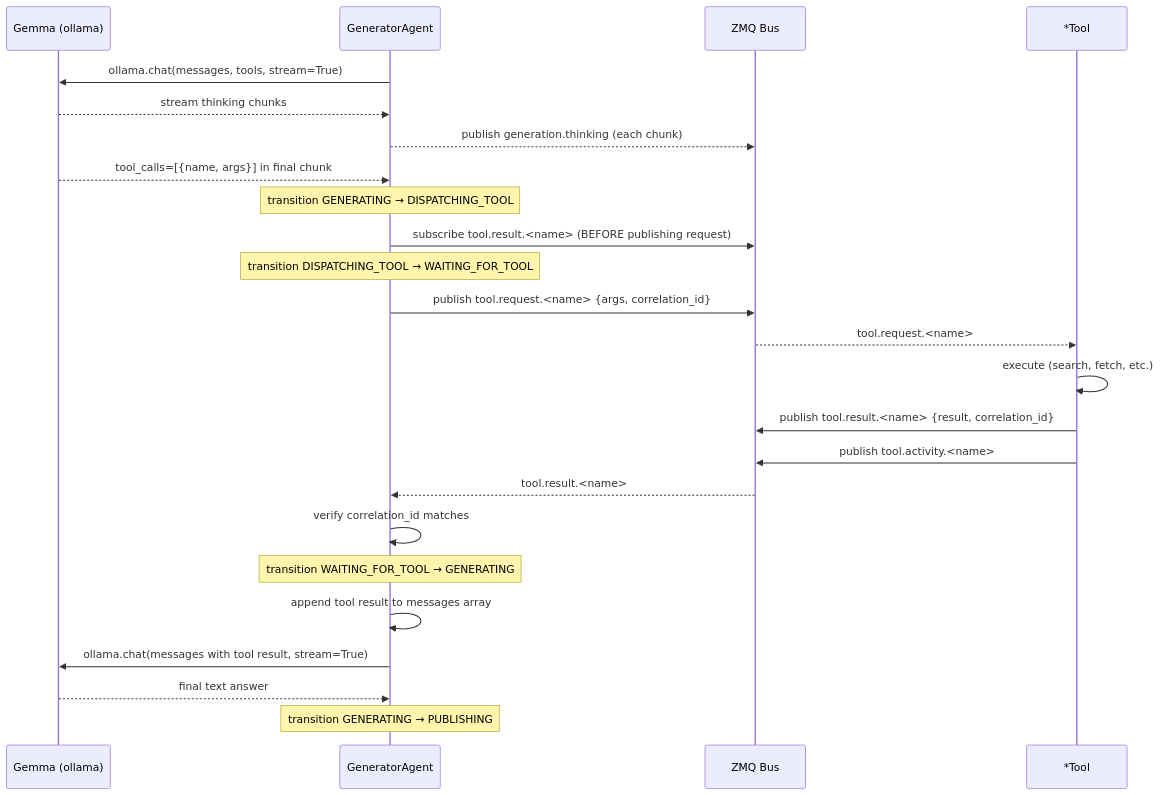
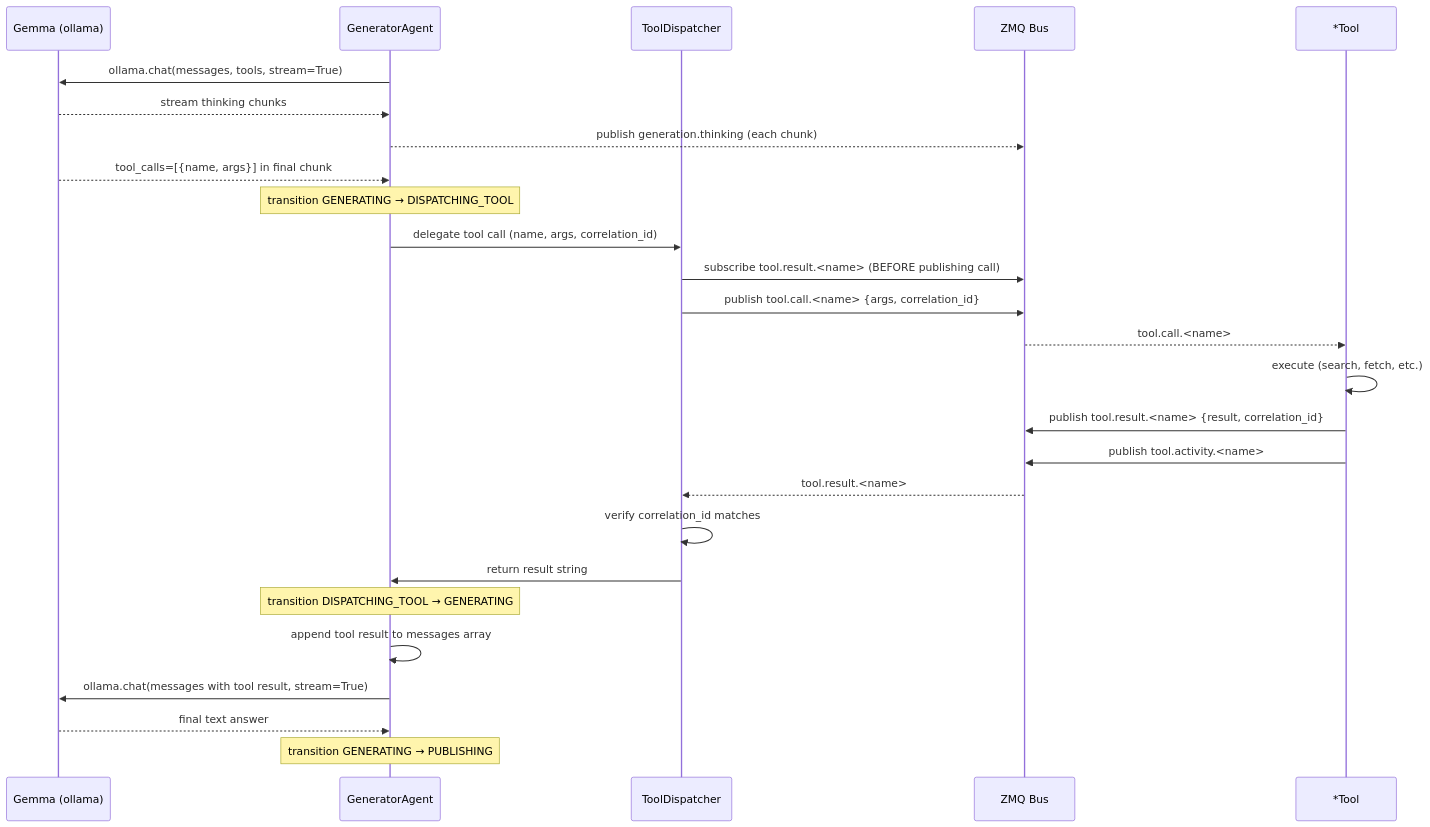
One commit to rkoike88/LoCAL2 changed the diagram in docs/diagrams/tool-call-flow.md. Above: the diagram before and after it, drawn with Mermaid. The commit also changed other lines of this file and 37 other files, not shown here.

````diff
--- a/docs/diagrams/tool-call-flow.md
+++ b/docs/diagrams/tool-call-flow.md
@@ -5,31 +5,33 @@
 ```mermaid
 sequenceDiagram
     participant Gemma as Gemma (ollama)
     participant Gen as GeneratorAgent
+    participant Disp as ToolDispatcher
     participant Bus as ZMQ Bus
     participant Tool as *Tool
 
     Gen->>Gemma: ollama.chat(messages, tools, stream=True)
     Gemma-->>Gen: stream thinking chunks
     Gen-->>Bus: publish generation.thinking (each chunk)
     Gemma-->>Gen: tool_calls=[{name, args}] in final chunk
 
     Note over Gen: transition GENERATING → DISPATCHING_TOOL
-    Gen->>Bus: subscribe tool.result.<name>  (BEFORE publishing request)
-    Note over Gen: transition DISPATCHING_TOOL → WAITING_FOR_TOOL
-    Gen->>Bus: publish tool.request.<name> {args, correlation_id}
-    Bus-->>Tool: tool.request.<name>
+    Gen->>Disp: delegate tool call (name, args, correlation_id)
+    Disp->>Bus: subscribe tool.result.<name>  (BEFORE publishing call)
+    Disp->>Bus: publish tool.call.<name> {args, correlation_id}
+    Bus-->>Tool: tool.call.<name>
 
     Tool->>Tool: execute (search, fetch, etc.)
     Tool->>Bus: publish tool.result.<name> {result, correlation_id}
     Tool->>Bus: publish tool.activity.<name>
-    Bus-->>Gen: tool.result.<name>
+    Bus-->>Disp: tool.result.<name>
 
-    Gen->>Gen: verify correlation_id matches
-    Note over Gen: transition WAITING_FOR_TOOL → GENERATING
+    Disp->>Disp: verify correlation_id matches
+    Disp->>Gen: return result string
+    Note over Gen: transition DISPATCHING_TOOL → GENERATING
     Gen->>Gen: append tool result to messages array
 
     Gen->>Gemma: ollama.chat(messages with tool result, stream=True)
     Gemma-->>Gen: final text answer
     Note over Gen: transition GENERATING → PUBLISHING
 ```
````
